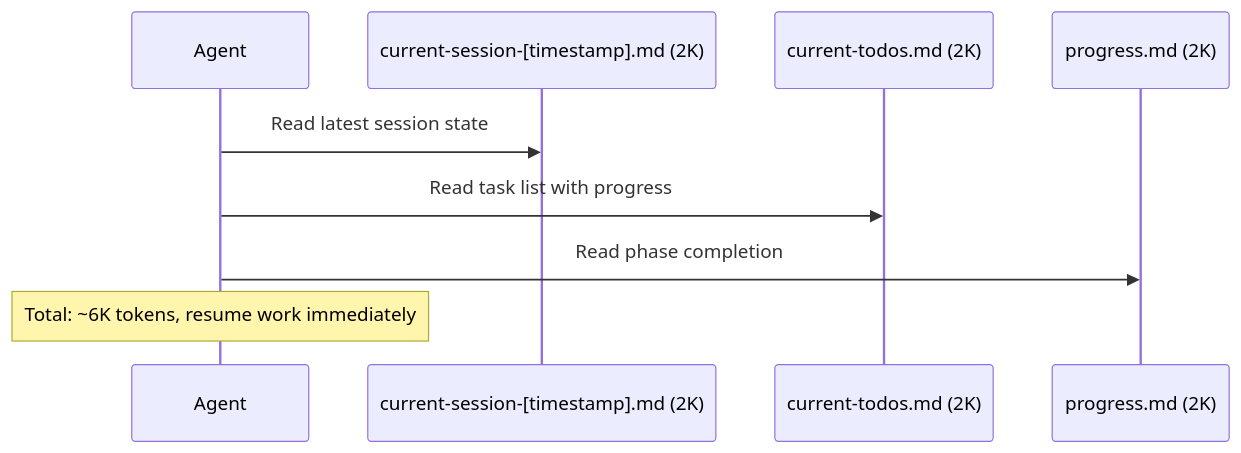
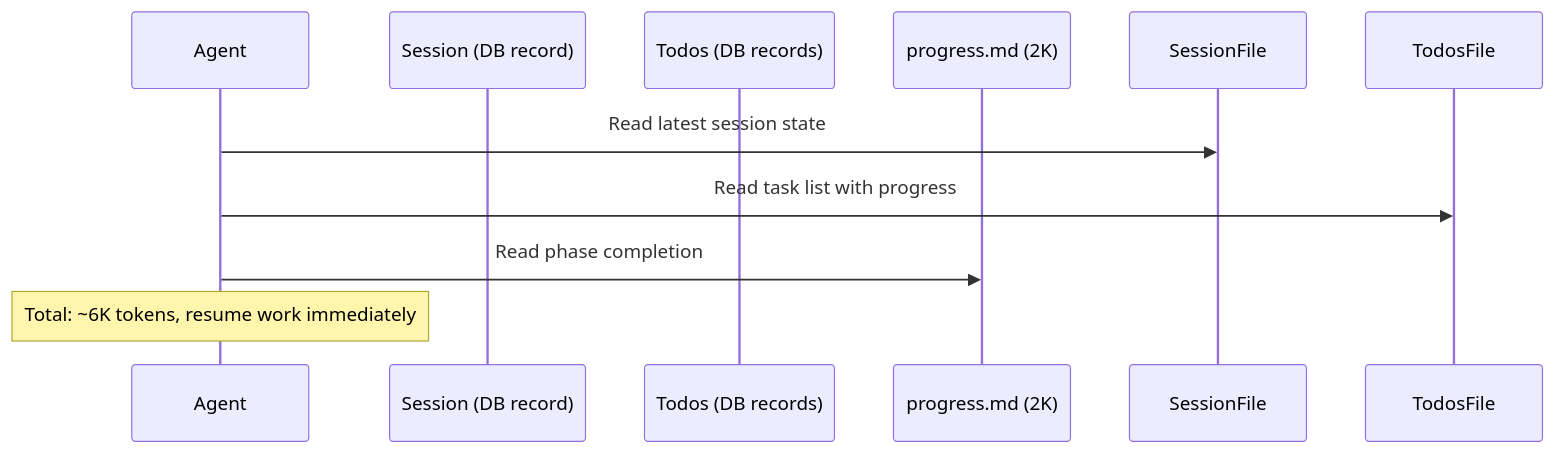
Before and after one commit to draco28/ProjectPulse: diagram 16 of 24 in docs/03-Architecture.md, drawn with Mermaid. The commit also changed other lines of this file and 8 other files, not shown here.

````diff
--- a/docs/03-Architecture.md
+++ b/docs/03-Architecture.md
@@ -2559,12 +2537,12 @@
 ```mermaid
 sequenceDiagram
     participant Agent
-    participant SessionFile as current-session-[timestamp].md (2K)
-    participant TodosFile as current-todos.md (2K)
+    participant Session as Session (DB record)
+    participant Todos as Todos (DB records)
     participant Progress as progress.md (2K)
 
     Agent->>SessionFile: Read latest session state
     Agent->>TodosFile: Read task list with progress
     Agent->>Progress: Read phase completion
     Note over Agent: Total: ~6K tokens, resume work immediately
 ```
````
